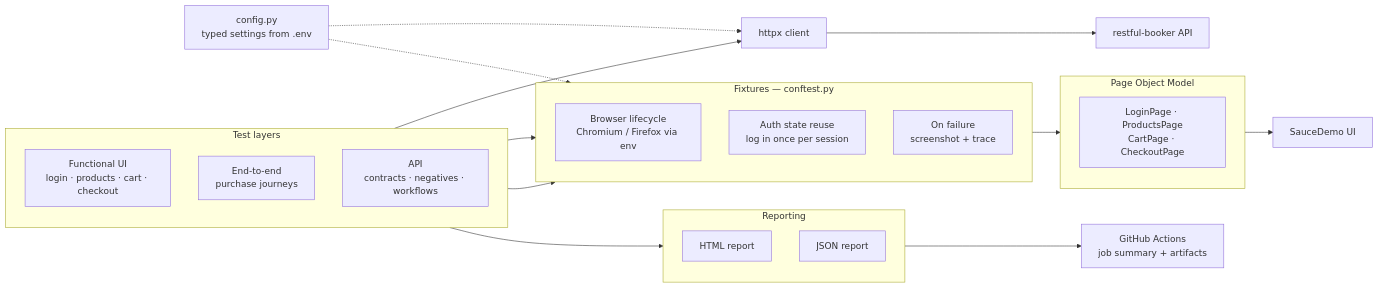
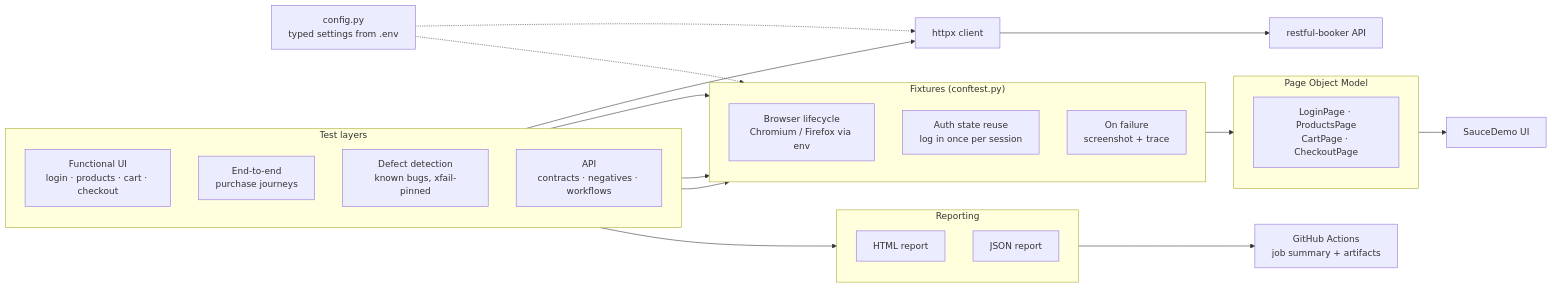
One commit to TheodorGit/playwright-test-framework changed the diagram in README.md. Above: the diagram before and after it, drawn with Mermaid. The commit also changed other lines of this file and 4 other files, not shown here.

````diff
--- a/README.md
+++ b/README.md
@@ -29,45 +30,47 @@
 ```mermaid
 flowchart LR
     subgraph TESTS["Test layers"]
         direction TB
         FUNC["Functional UI<br/>login · products · cart · checkout"]
         E2E["End-to-end<br/>purchase journeys"]
+        DEF["Defect detection<br/>known bugs, xfail-pinned"]
         API["API<br/>contracts · negatives · workflows"]
     end
 
-    subgraph FIX["Fixtures — conftest.py"]
+    subgraph FIX["Fixtures (conftest.py)"]
         direction TB
         BROWSER["Browser lifecycle<br/>Chromium / Firefox via env"]
         AUTH["Auth state reuse<br/>log in once per session"]
         FAIL["On failure<br/>screenshot + trace"]
     end
 
     subgraph POM["Page Object Model"]
         direction TB
         PAGES["LoginPage · ProductsPage<br/>CartPage · CheckoutPage"]
     end
 
     CONFIG["config.py<br/>typed settings from .env"]
     HTTPX["httpx client"]
     UI["SauceDemo UI"]
     RB["restful-booker API"]
 
     subgraph OUT["Reporting"]
         direction TB
         HTML["HTML report"]
         JSON["JSON report"]
     end
 
     CI["GitHub Actions<br/>job summary + artifacts"]
 
     FUNC --> FIX
     E2E --> FIX
+    DEF --> FIX
     API --> HTTPX
     FIX --> POM
     POM --> UI
     HTTPX --> RB
     CONFIG -.-> FIX
     CONFIG -.-> HTTPX
     TESTS --> OUT
     OUT --> CI
 ```
````
